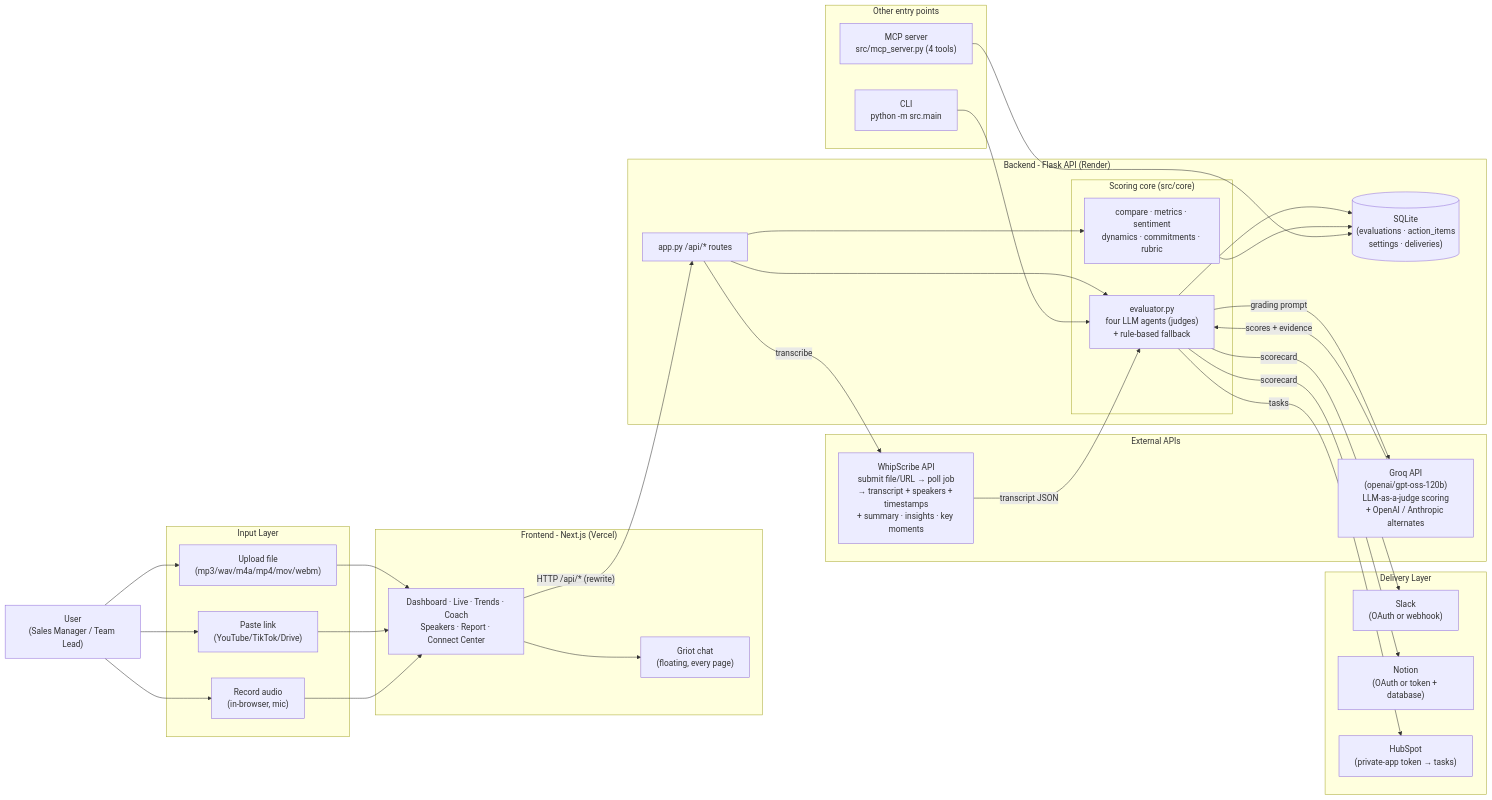
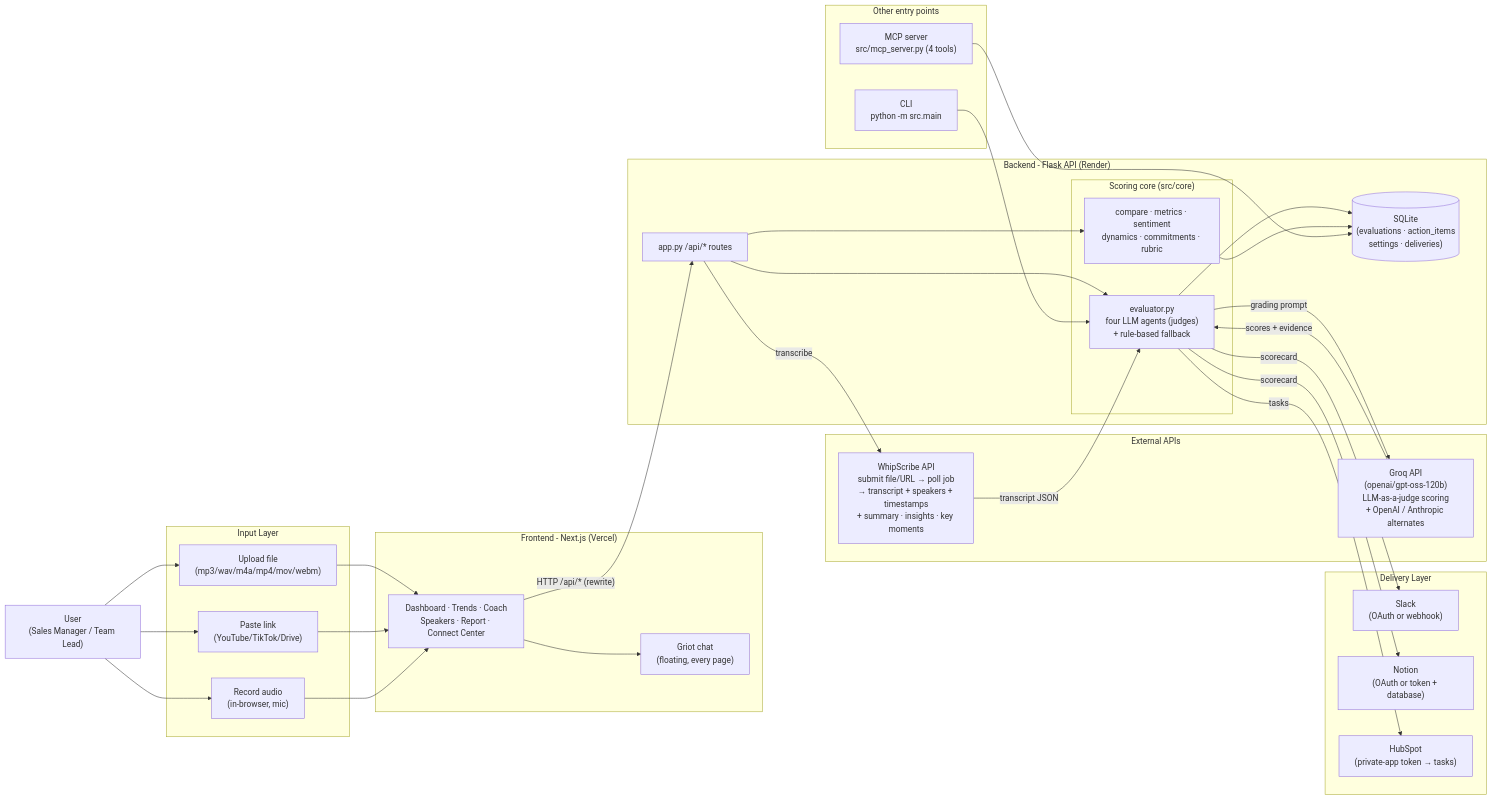
The diagram in PR_DESCRIPTION.md (Blacksujit/callcoach-ai-whhipscribe), drawn with Mermaid before and after one commit. The commit also changed other lines of this file and 1 other file, not shown here.

First line of the commit message:
Document the shipped product: PR and architecture

````diff
--- a/PR_DESCRIPTION.md
+++ b/PR_DESCRIPTION.md
@@ -46,67 +61,67 @@
 ```mermaid
 flowchart LR
     U["User\n(Sales Manager / Team Lead)"]
 
     subgraph INPUT["Input Layer"]
         FILE["Upload file\n(mp3/wav/m4a/mp4/mov/webm)"]
         URL["Paste link\n(YouTube/TikTok/Drive)"]
         REC["Record audio\n(in-browser, mic)"]
     end
 
     U --> FILE
     U --> URL
     U --> REC
 
     subgraph FRONTEND["Frontend - Next.js (Vercel)"]
-        PAGES["Dashboard · Live · Trends · Coach\nSpeakers · Report · Connect Center"]
+        PAGES["Dashboard · Trends · Coach\nSpeakers · Report · Connect Center"]
         WIDGET["Griot chat\n(floating, every page)"]
     end
 
     FILE --> PAGES
     URL --> PAGES
     REC --> PAGES
     PAGES --> WIDGET
 
     subgraph BACKEND["Backend - Flask API (Render)"]
         API["app.py  /api/* routes"]
         subgraph CORE["Scoring core (src/core)"]
             EVAL["evaluator.py\nfour LLM agents (judges)\n+ rule-based fallback"]
             INSIGHT["compare · metrics · sentiment\ndynamics · commitments · rubric"]
         end
         STORE[("SQLite\n(evaluations · action_items\nsettings · deliveries)")]
         API --> EVAL
         API --> INSIGHT
         EVAL --> STORE
         INSIGHT --> STORE
     end
 
     PAGES -->|"HTTP /api/* (rewrite)"| API
 
     subgraph EXTERNAL["External APIs"]
         WHIP["WhipScribe API\nsubmit file/URL → poll job\n→ transcript + speakers + timestamps\n+ summary · insights · key moments"]
         GROQ["Groq API\n(openai/gpt-oss-120b)\nLLM-as-a-judge scoring\n+ OpenAI / Anthropic alternates"]
     end
 
     API -->|"transcribe"| WHIP
     WHIP -->|"transcript JSON"| EVAL
     EVAL -->|"grading prompt"| GROQ
     GROQ -->|"scores + evidence"| EVAL
 
     subgraph DELIVERY["Delivery Layer"]
         SLACK["Slack\n(OAuth or webhook)"]
         NOTION["Notion\n(OAuth or token + database)"]
         HUB["HubSpot\n(private-app token → tasks)"]
     end
 
     EVAL -->|"scorecard"| SLACK
     EVAL -->|"scorecard"| NOTION
     EVAL -->|"tasks"| HUB
 
     subgraph AUX["Other entry points"]
         CLI["CLI\npython -m src.main"]
         MCPSRV["MCP server\nsrc/mcp_server.py (4 tools)"]
     end
 
     CLI --> EVAL
     MCPSRV --> STORE
 ```
````
